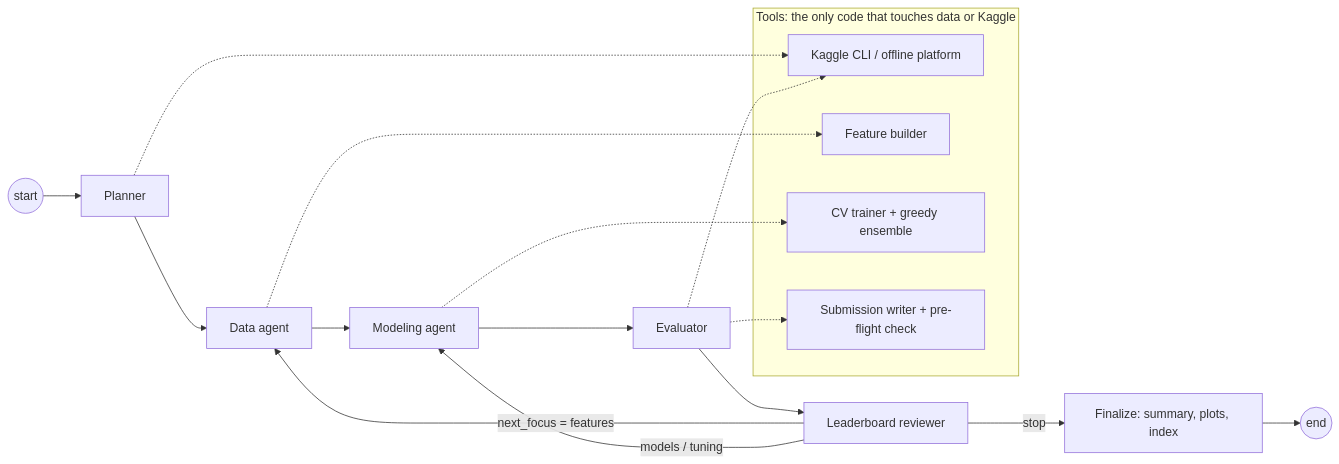
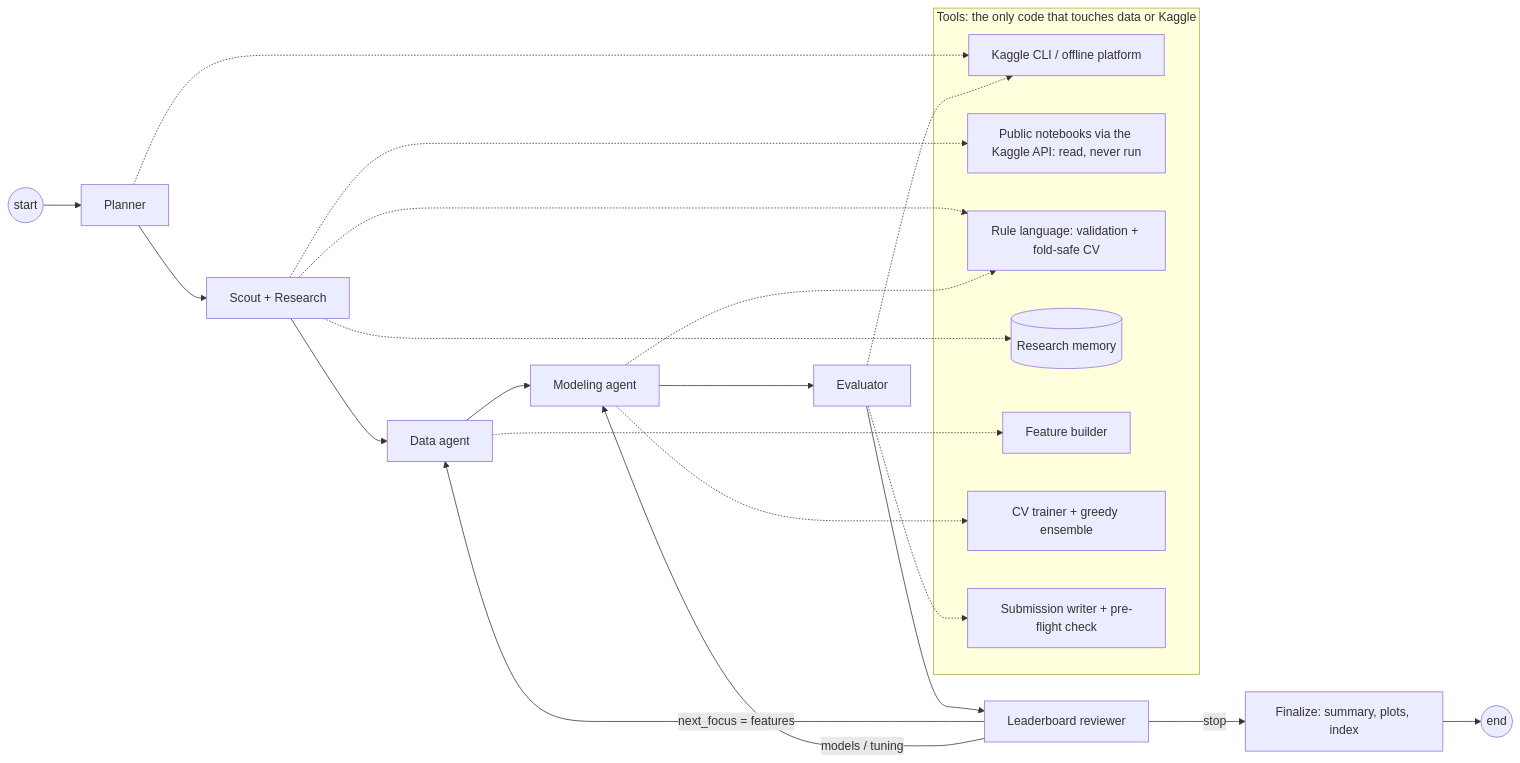
One commit to isakatchau/kaggle-agent-team changed the diagram in README.md. Above: the diagram before and after it, drawn with Mermaid. The commit also changed other lines of this file and 1 other file, not shown here.

Commit message:
Docs: README and ARCHITECTURE describe the current code (research agents, rules, memory, selection)

````diff
--- a/README.md
+++ b/README.md
@@ -26,23 +26,31 @@
 ```mermaid
 flowchart LR
     S((start)) --> P[Planner]
-    P --> D[Data agent]
+    P --> RS[Scout + Research]
+    RS --> D[Data agent]
     D --> M[Modeling agent]
     M --> E[Evaluator]
     E --> R[Leaderboard reviewer]
     R -- "next_focus = features" --> D
     R -- "models / tuning" --> M
     R -- "stop" --> F[Finalize: summary, plots, index] --> X((end))
 
     subgraph tools [Tools: the only code that touches data or Kaggle]
       K[Kaggle CLI / offline platform]
+      NB[Public notebooks via the Kaggle API: read, never run]
+      RL[Rule language: validation + fold-safe CV]
+      RM[(Research memory)]
       FB[Feature builder]
       T[CV trainer + greedy ensemble]
       W[Submission writer + pre-flight check]
     end
     P -.-> K
+    RS -.-> NB
+    RS -.-> RL
+    RS -.-> RM
     D -.-> FB
     M -.-> T
+    M -.-> RL
     E -.-> W
     E -.-> K
 ```
````
